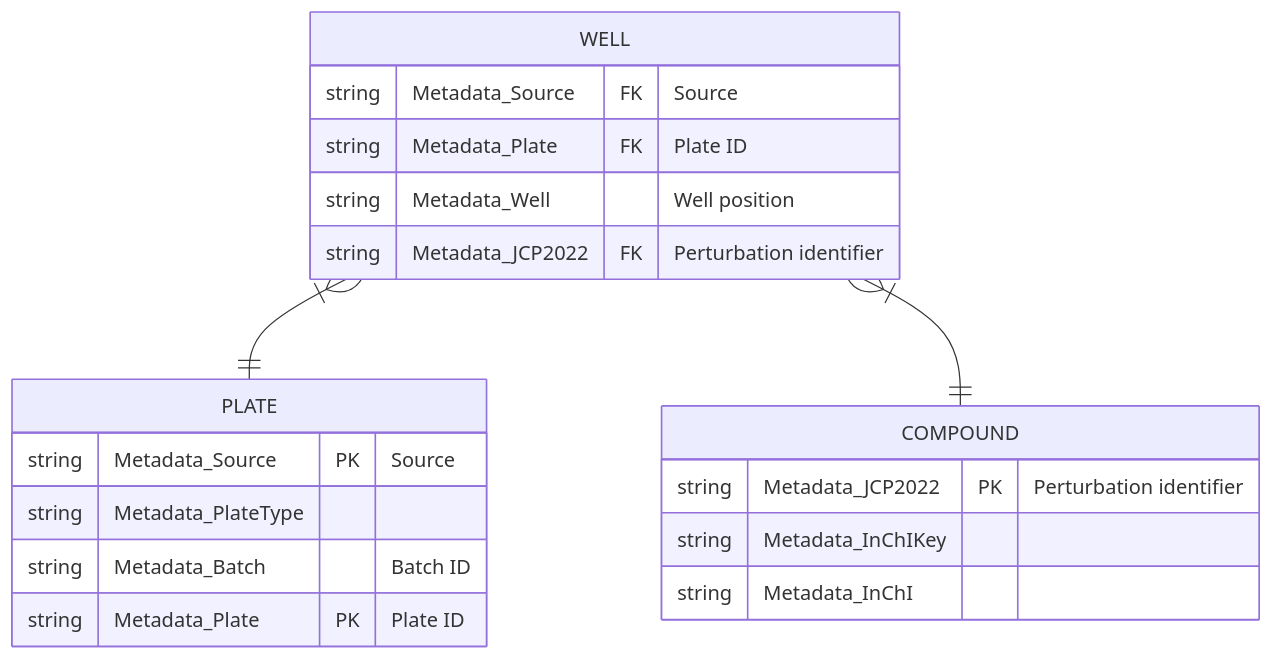
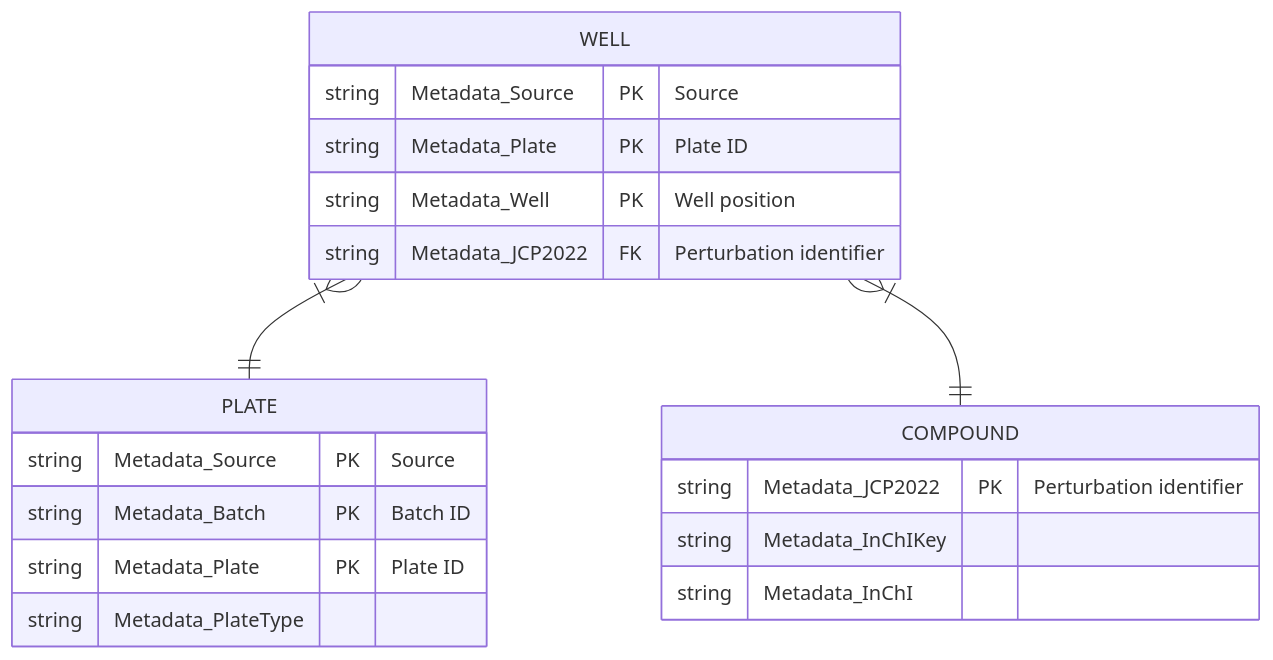
Before and after one commit to jump-cellpainting/datasets: the diagram in metadata/README.md, drawn with Mermaid.

````diff
--- a/metadata/README.md
+++ b/metadata/README.md
@@ -1,22 +1,22 @@
 ```mermaid
 erDiagram
     WELL }|--|| PLATE : ""
     WELL {
-        string Metadata_Source FK "Source"
-        string Metadata_Plate FK "Plate ID"
-        string Metadata_Well "Well position"
+        string Metadata_Source PK "Source"
+        string Metadata_Plate PK "Plate ID"
+        string Metadata_Well PK "Well position"
         string Metadata_JCP2022 FK "Perturbation identifier"
     }
     PLATE {
         string Metadata_Source PK "Source"
+        string Metadata_Batch PK "Batch ID"
+        string Metadata_Plate PK "Plate ID"
         string Metadata_PlateType
-        string Metadata_Batch "Batch ID"
-        string Metadata_Plate PK "Plate ID"
     }
     WELL }|--|| COMPOUND : ""
     COMPOUND {
         string Metadata_JCP2022 PK "Perturbation identifier"
         string Metadata_InChIKey
         string Metadata_InChI
     }
 ```
````
